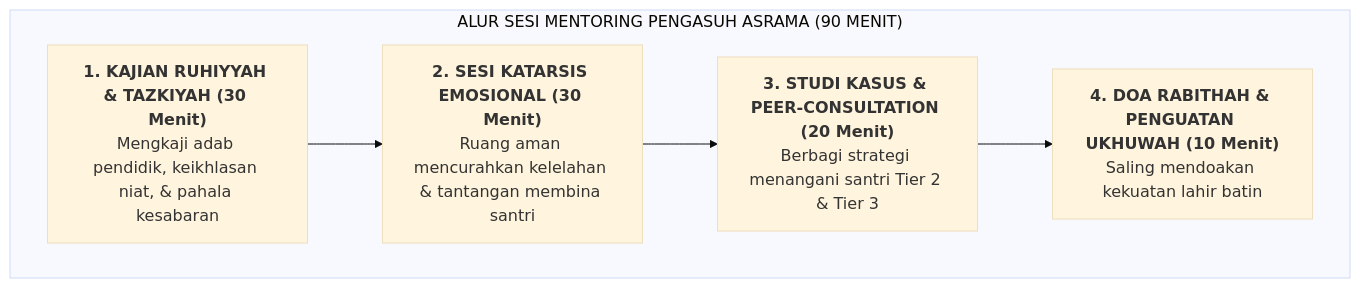
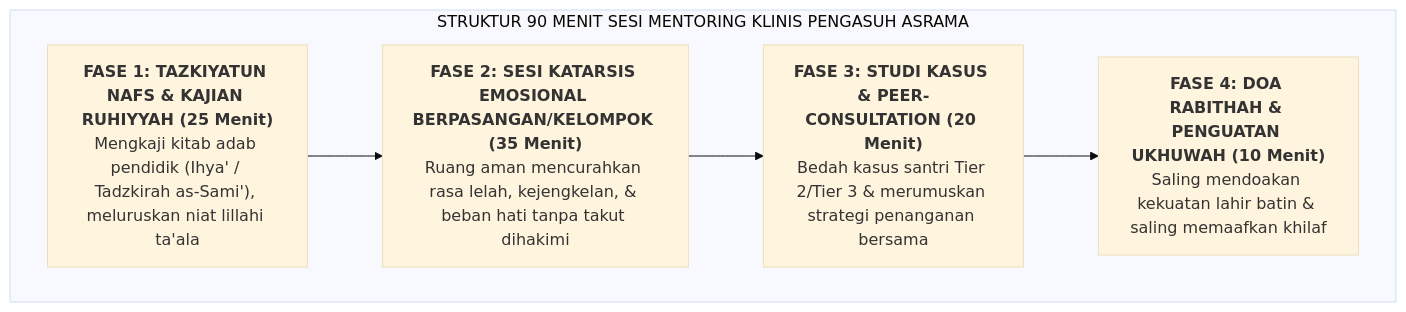
The diagram in BOOK Series 2/Volume-05-Manual-Operasional-SOP-24Jam-dan-Tata-Kelola/Bab-05-Supervisi-Klinis-Musyrif/02-Sesi-Mentoring-dan-Katarsis-Emosi.md (wandiapriliyandi/tumbuh), drawn with Mermaid (base theme) before and after one commit. The commit also changed other lines of this file and 61 other files, not shown here.

````diff
--- a/BOOK Series 2/Volume-05-Manual-Operasional-SOP-24Jam-dan-Tata-Kelola/Bab-05-Supervisi-Klinis-Musyrif/02-Sesi-Mentoring-dan-Katarsis-Emosi.md
+++ b/BOOK Series 2/Volume-05-Manual-Operasional-SOP-24Jam-dan-Tata-Kelola/Bab-05-Supervisi-Klinis-Musyrif/02-Sesi-Mentoring-dan-Katarsis-Emosi.md
@@ -9,11 +11,14 @@
 ```mermaid
 flowchart TD
-    subgraph SesiLiqaRuhi["ALUR SESI MENTORING PENGASUH ASRAMA (90 MENIT)"]
-        A1["<b>1. KAJIAN RUHIYYAH & TAZKIYAH (30 Menit)</b><br/>Mengkaji adab pendidik, keikhlasan niat, & pahala kesabaran"]
-        A2["<b>2. SESI KATARSIS EMOSIONAL (30 Menit)</b><br/>Ruang aman mencurahkan kelelahan & tantangan membina santri"]
-        A3["<b>3. STUDI KASUS & PEER-CONSULTATION (20 Menit)</b><br/>Berbagi strategi menangani santri Tier 2 & Tier 3"]
-        A4["<b>4. DOA RABITHAH & PENGUATAN UKHUWAH (10 Menit)</b><br/>Saling mendoakan kekuatan lahir batin"]
+    subgraph AlurSesiMentoring["STRUKTUR 90 MENIT SESI MENTORING KLINIS PENGASUH ASRAMA"]
+        S1["<b>FASE 1: TAZKIYATUN NAFS & KAJIAN RUHIYYAH (25 Menit)</b><br/>Mengkaji kitab adab pendidik (Ihya' / Tadzkirah as-Sami'), meluruskan niat lillahi ta'ala"]
+        
+        S2["<b>FASE 2: SESI KATARSIS EMOSIONAL BERPASANGAN/KELOMPOK (35 Menit)</b><br/>Ruang aman mencurahkan rasa lelah, kejengkelan, & beban hati tanpa takut dihakimi"]
+        
+        S3["<b>FASE 3: STUDI KASUS & PEER-CONSULTATION (20 Menit)</b><br/>Bedah kasus santri Tier 2/Tier 3 & merumuskan strategi penanganan bersama"]
+        
+        S4["<b>FASE 4: DOA RABITHAH & PENGUATAN UKHUWAH (10 Menit)</b><br/>Saling mendoakan kekuatan lahir batin & saling memaafkan khilaf"]
 
-        A1 --> A2 --> A3 --> A4
+        S1 --> S2 --> S3 --> S4
     end
 ```
````
